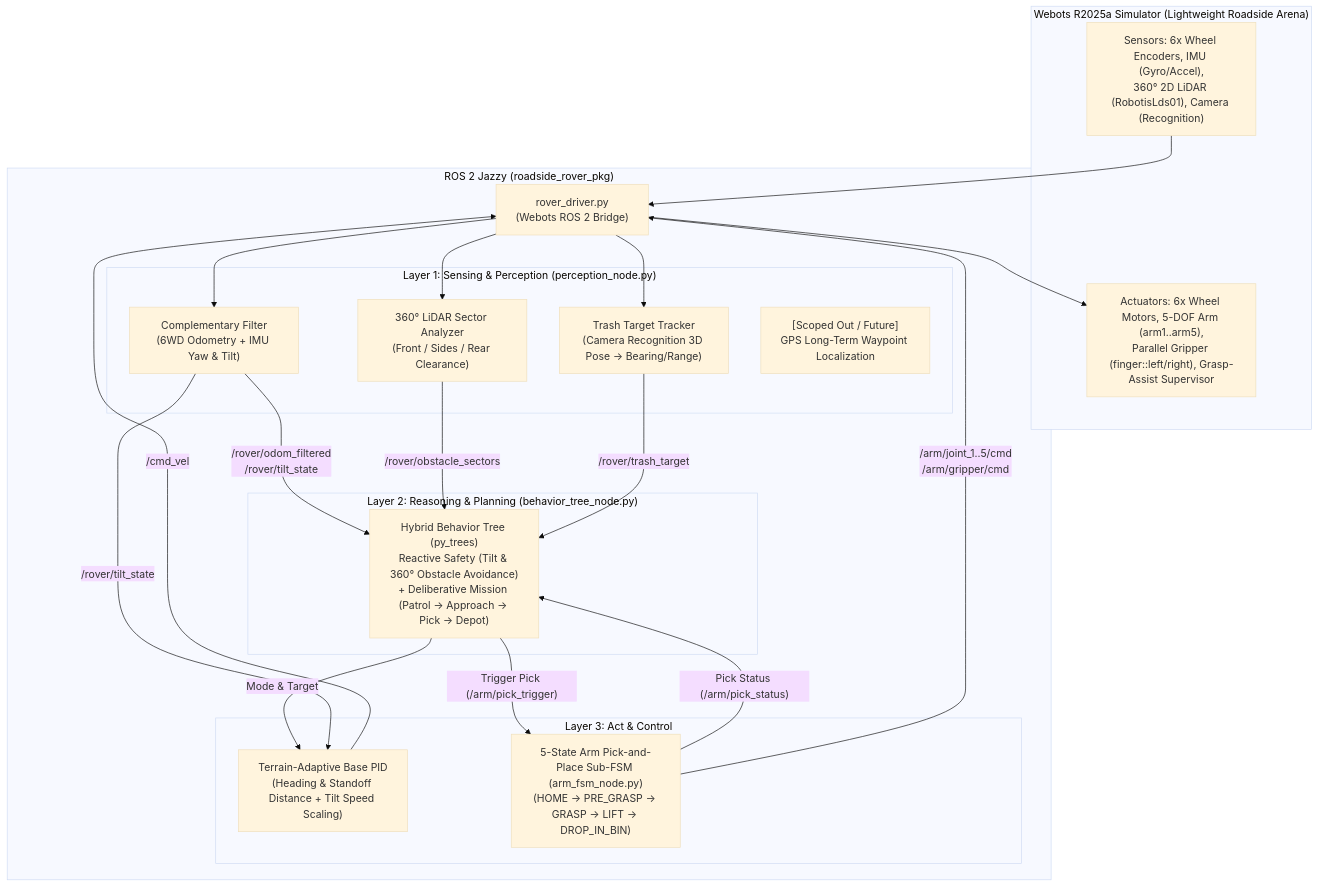
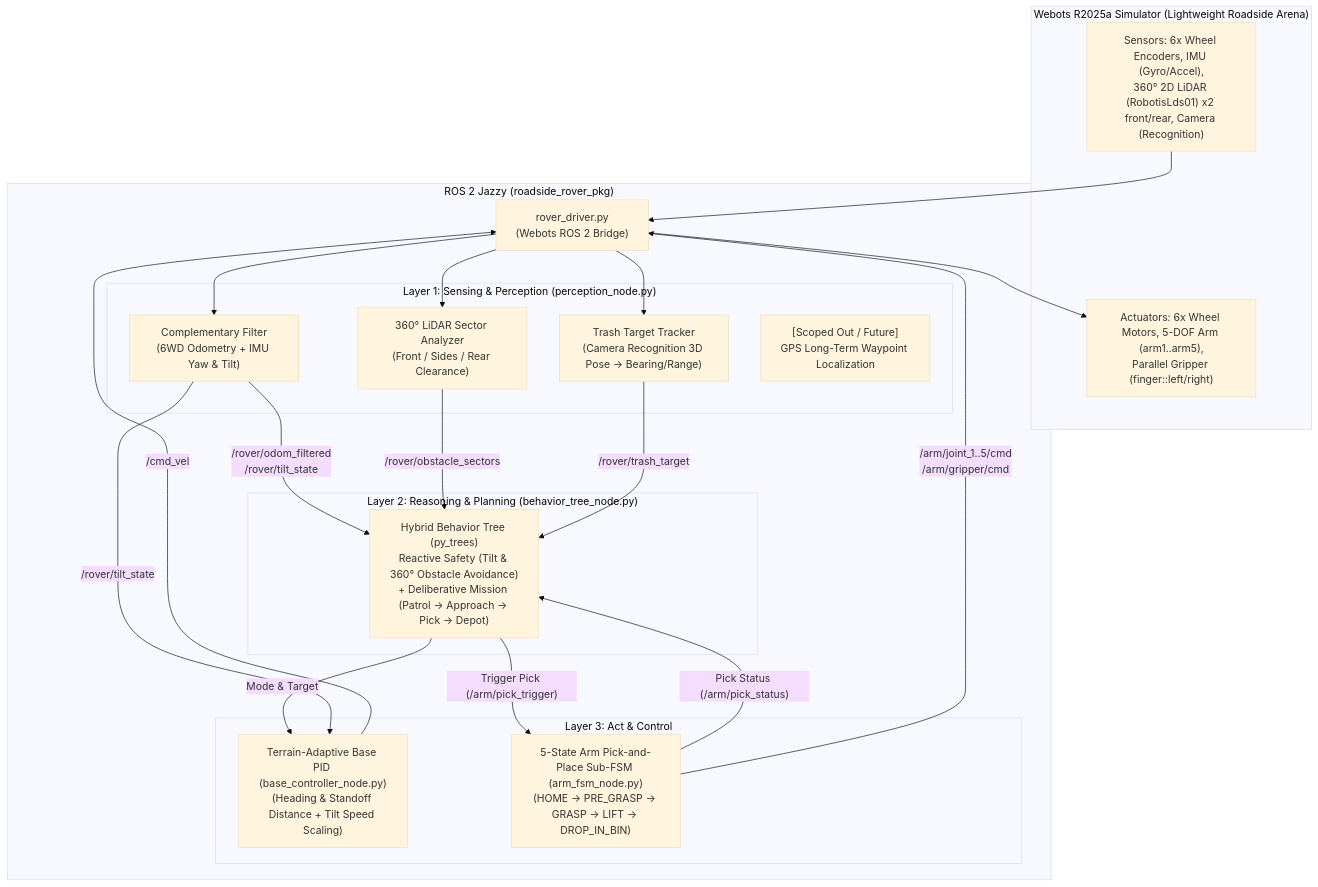
The first of 2 diagrams in docs/ARCHITECTURE.md (nissev/TEKS4430_Autumn-2026_project), drawn with Mermaid (base theme) before and after one commit. The commit also changed other lines of this file and 6 other files, not shown here.

````diff
--- a/docs/ARCHITECTURE.md
+++ b/docs/ARCHITECTURE.md
@@ -19,45 +19,45 @@
 ```mermaid
 flowchart TD
     subgraph Webots["Webots R2025a Simulator (Lightweight Roadside Arena)"]
-        Sensors["Sensors: 6x Wheel Encoders, IMU (Gyro/Accel),\n360° 2D LiDAR (RobotisLds01), Camera (Recognition)"]
-        Actuators["Actuators: 6x Wheel Motors, 5-DOF Arm (arm1..arm5),\nParallel Gripper (finger::left/right), Grasp-Assist Supervisor"]
+        Sensors["Sensors: 6x Wheel Encoders, IMU (Gyro/Accel),\n360° 2D LiDAR (RobotisLds01) x2 front/rear, Camera (Recognition)"]
+        Actuators["Actuators: 6x Wheel Motors, 5-DOF Arm (arm1..arm5),\nParallel Gripper (finger::left/right)"]
     end
 
     subgraph ROS2["ROS 2 Jazzy (roadside_rover_pkg)"]
         Driver["rover_driver.py\n(Webots ROS 2 Bridge)"]
 
         subgraph Layer1["Layer 1: Sensing & Perception (perception_node.py)"]
             CompFilter["Complementary Filter\n(6WD Odometry + IMU Yaw & Tilt)"]
             LidarProc["360° LiDAR Sector Analyzer\n(Front / Sides / Rear Clearance)"]
             CamRec["Trash Target Tracker\n(Camera Recognition 3D Pose -> Bearing/Range)"]
             GPSFuture["[Scoped Out / Future]\nGPS Long-Term Waypoint Localization"]
         end
 
         subgraph Layer2["Layer 2: Reasoning & Planning (behavior_tree_node.py)"]
             BT["Hybrid Behavior Tree (py_trees)\nReactive Safety (Tilt & 360° Obstacle Avoidance)\n+ Deliberative Mission (Patrol -> Approach -> Pick -> Depot)"]
         end
 
         subgraph Layer3["Layer 3: Act & Control"]
-            BasePID["Terrain-Adaptive Base PID\n(Heading & Standoff Distance + Tilt Speed Scaling)"]
+            BasePID["Terrain-Adaptive Base PID (base_controller_node.py)\n(Heading & Standoff Distance + Tilt Speed Scaling)"]
             ArmFSM["5-State Arm Pick-and-Place Sub-FSM (arm_fsm_node.py)\n(HOME -> PRE_GRASP -> GRASP -> LIFT -> DROP_IN_BIN)"]
         end
     end
 
     Sensors --> Driver
     Driver --> CompFilter
     Driver --> LidarProc
     Driver --> CamRec
 
     CompFilter -->|"/rover/odom_filtered\n/rover/tilt_state"| BT
     LidarProc -->|"/rover/obstacle_sectors"| BT
     CamRec -->|"/rover/trash_target"| BT
 
     BT -->|"Mode & Target"| BasePID
     BT -->|"Trigger Pick (/arm/pick_trigger)"| ArmFSM
     ArmFSM -->|"Pick Status (/arm/pick_status)"| BT
     CompFilter -->|"/rover/tilt_state"| BasePID
 
     BasePID -->|"/cmd_vel"| Driver
     ArmFSM -->|"/arm/joint_1..5/cmd\n/arm/gripper/cmd"| Driver
     Driver --> Actuators
 ```
````
